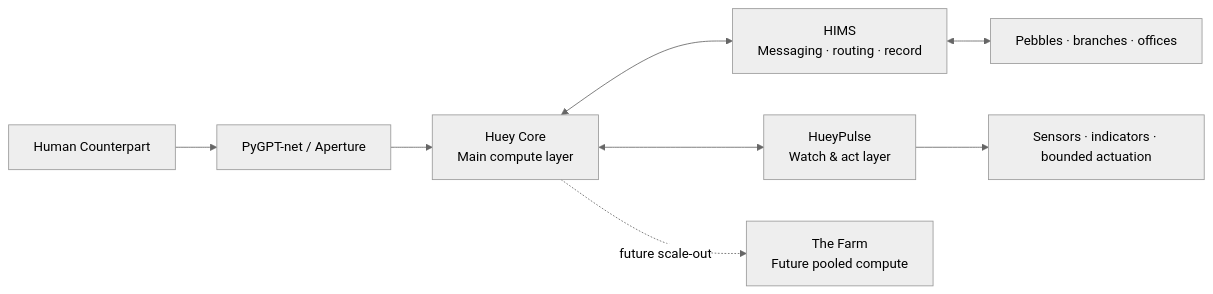
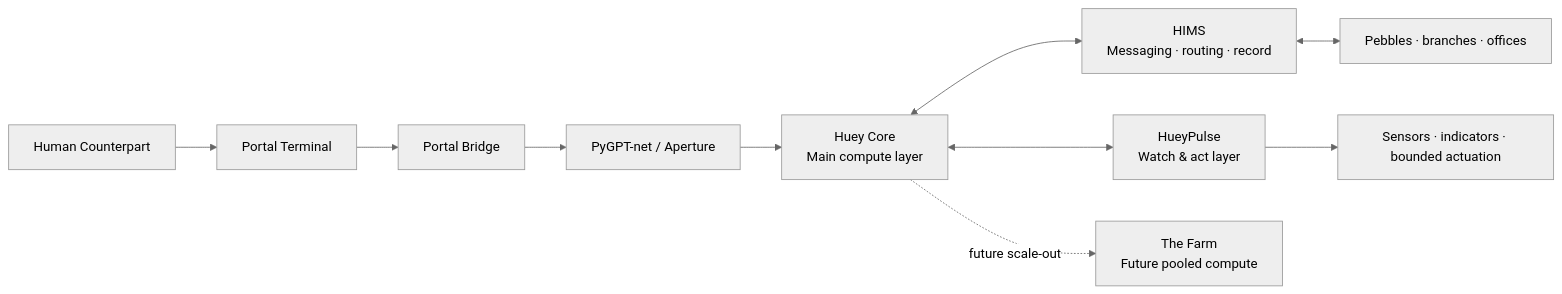
The first of 4 diagrams in README.md (DylanLRPollock/Monkey-Head-Project), drawn with Mermaid (neutral theme) before and after one commit. The commit also changed other lines of this file, not shown here.

````diff
--- a/README.md
+++ b/README.md
@@ -42,10 +44,12 @@
 ```mermaid
 flowchart LR
-    HC[Human Counterpart] --> AP[PyGPT-net / Aperture]
+    HC[Human Counterpart] --> PT[Portal Terminal]
+    PT --> PB[Portal Bridge]
+    PB --> AP[PyGPT-net / Aperture]
     AP --> CORE[Huey Core\nMain compute layer]
     CORE <--> HIMS[HIMS\nMessaging · routing · record]
     HIMS <--> GOV[Pebbles · branches · offices]
     CORE <--> PULSE[HueyPulse\nWatch & act layer]
     PULSE --> BODY[Sensors · indicators · bounded actuation]
     CORE -. future scale-out .-> FARM[The Farm\nFuture pooled compute]
 ```
````
